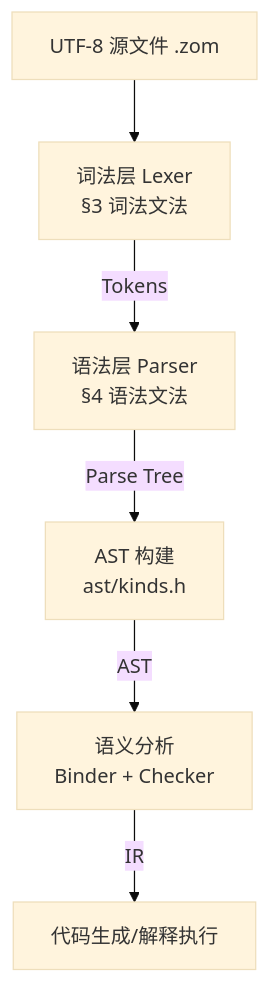
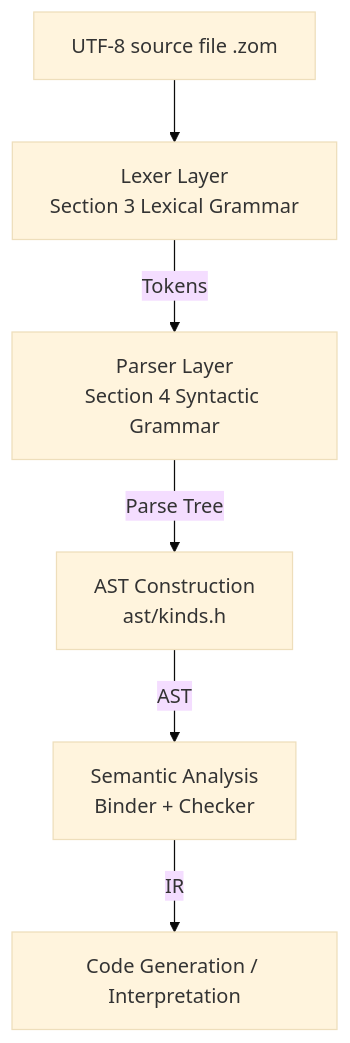
The diagram in docs/design/design-dimension-01-syntax-ebnf.md (Zzzode/ZOM), drawn with Mermaid (base theme) before and after one commit. The commit also changed other lines of this file and 5 other files, not shown here.

````diff
--- a/docs/design/design-dimension-01-syntax-ebnf.md
+++ b/docs/design/design-dimension-01-syntax-ebnf.md
@@ -52,8 +51,8 @@
 ```mermaid
 flowchart TD
-    A[UTF-8 源文件 .zom] --> B[词法层 Lexer<br/>§3 词法文法]
-    B -->|Tokens| C[语法层 Parser<br/>§4 语法文法]
-    C -->|Parse Tree| D[AST 构建<br/>ast/kinds.h]
-    D -->|AST| E[语义分析<br/>Binder + Checker]
-    E -->|IR| F[代码生成/解释执行]
+    A[UTF-8 source file .zom] --> B[Lexer Layer<br/>Section 3 Lexical Grammar]
+    B -->|Tokens| C[Parser Layer<br/>Section 4 Syntactic Grammar]
+    C -->|Parse Tree| D[AST Construction<br/>ast/kinds.h]
+    D -->|AST| E[Semantic Analysis<br/>Binder + Checker]
+    E -->|IR| F[Code Generation / Interpretation]
 ```
````
